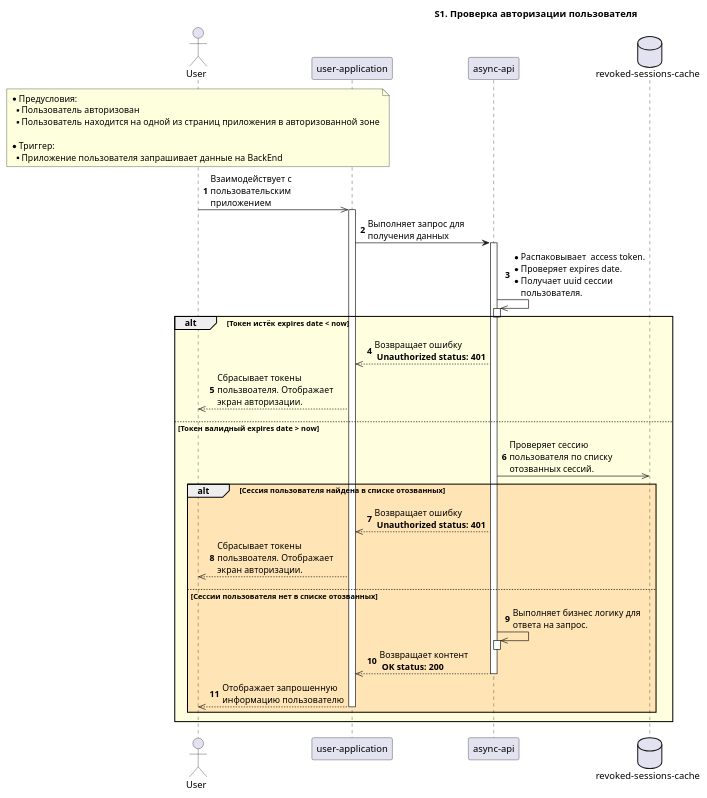
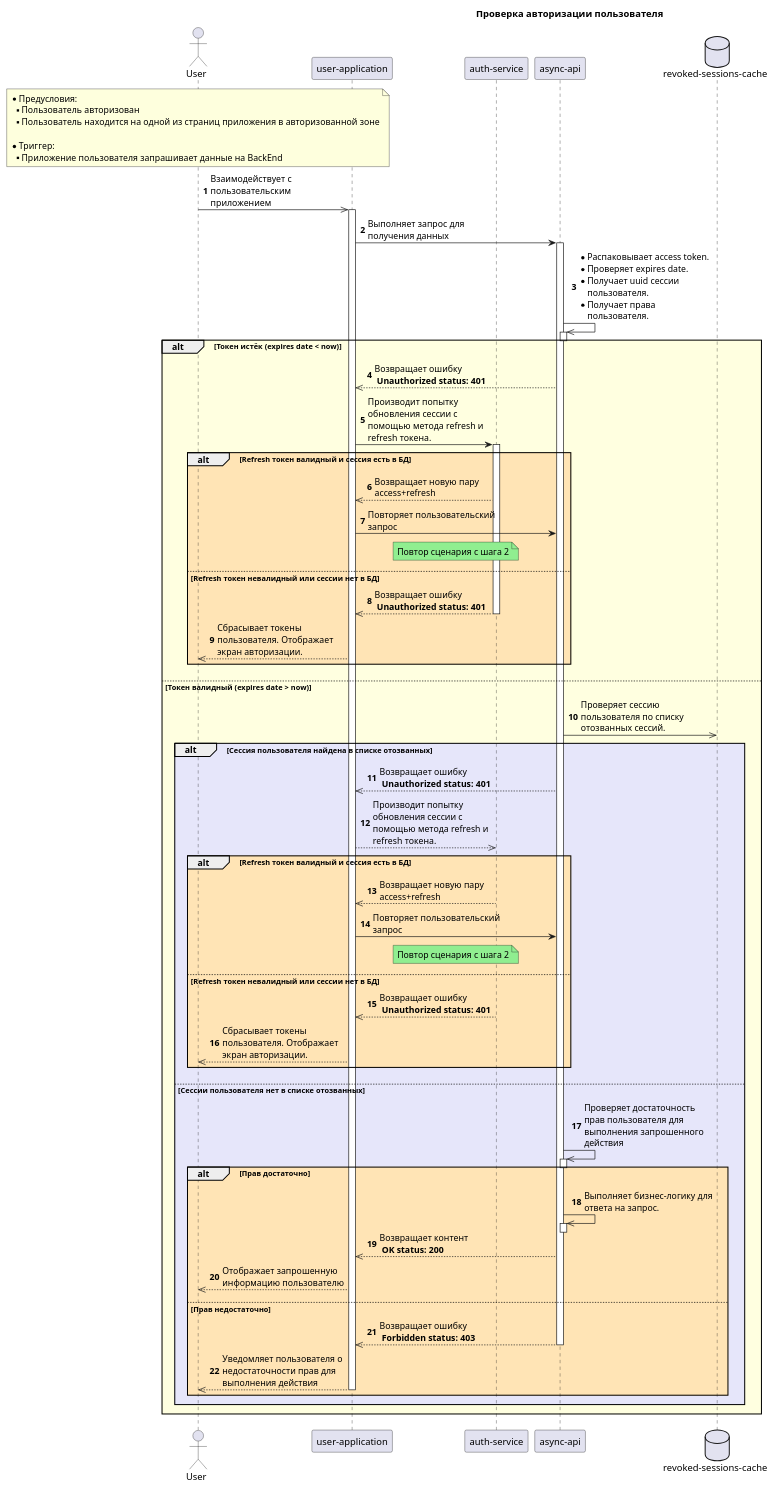
The diagram in docs/use_cases/Проверка авторизации пользователя.puml (taaylor/gg_kino), drawn with PlantUML before and after one commit. The commit also changed other lines of this file and 1 other file, not shown here.

Commit message:
Обновляю C4 и основной сценарий проверки авторизации пользователя

```diff
--- a/docs/use_cases/Проверка авторизации пользователя.puml
+++ b/docs/use_cases/Проверка авторизации пользователя.puml
@@ -1,42 +2,67 @@
-@startuml S1. Проверка авторизации пользователя
-title S1. Проверка авторизации пользователя
+@startuml Проверка авторизации пользователя
+title Проверка авторизации пользователя
 
 !pragma teoz true
 autonumber
 skinparam sequenceMessageAlign left
 skinparam maxMessageSize 200
 
 actor "User" as U
 participant "user-application" as UA
-' participant "auth-service" as AS
+participant "auth-service" as AS
 participant "async-api" as AP
 database "revoked-sessions-cache" as CRS
 
 note over U
     * Предусловия:
     ** Пользователь авторизован
     ** Пользователь находится на одной из страниц приложения в авторизованной зоне
 
     * Триггер:
     ** Приложение пользователя запрашивает данные на BackEnd
 end note
 
 U->>UA++: Взаимодействует с пользовательским приложением
 UA->AP++: Выполняет запрос для получения данных
-AP->>AP++--: * Распаковывает  access token. \n* Проверяет expires date. \n* Получает uuid сессии пользователя.
-alt #LightYellow Токен истёк expires date < now
+AP->>AP++--: * Распаковывает access token. \n* Проверяет expires date. \n* Получает uuid сессии пользователя. \n* Получает права пользователя.
+alt #LightYellow Токен истёк (expires date < now)
     AP-->>UA: Возвращает ошибку \n **Unauthorized status: 401**
-    UA-->>U: Сбрасывает токены пользвоателя. Отображает экран авторизации.
-else Токен валидный expires date > now
+    UA->AS++: Производит попытку обновления сессии с помощью метода refresh и refresh токена.
+    alt #Moccasin Refresh токен валидный и сессия есть в БД
+        AS-->>UA: Возвращает новую пару access+refresh
+        UA->AP: Повторяет пользовательский запрос
+        note over AP,UA #LightGreen
+        Повтор сценария с шага 2
+        end note
+    else Refresh токен невалидный или сессии нет в БД
+        AS-->>UA--: Возвращает ошибку \n **Unauthorized status: 401**
+        UA-->>U: Сбрасывает токены пользователя. Отображает экран авторизации.
+    end
+else Токен валидный (expires date > now)
     AP->>CRS: Проверяет сессию пользователя по списку отозванных сессий.
-    alt #Moccasin Сессия пользователя найдена в списке отозванных
+    alt #Lavender Сессия пользователя найдена в списке отозванных
         AP-->>UA: Возвращает ошибку \n **Unauthorized status: 401**
-        UA-->>U: Сбрасывает токены пользвоателя. Отображает экран авторизации.
+        UA-->>AS: Производит попытку обновления сессии с помощью метода refresh и refresh токена.
+        alt #Moccasin Refresh токен валидный и сессия есть в БД
+            AS-->>UA: Возвращает новую пару access+refresh
+            UA->AP: Повторяет пользовательский запрос
+            note over AP,UA #LightGreen
+            Повтор сценария с шага 2
+            end note
+        else Refresh токен невалидный или сессии нет в БД
+            AS-->>UA--: Возвращает ошибку \n **Unauthorized status: 401**
+            UA-->>U: Сбрасывает токены пользователя. Отображает экран авторизации.
+        end
     else Сессии пользователя нет в списке отозванных
-        AP->>AP++--: Выполняет бизнес логику для ответа на запрос.
-        AP-->>UA--: Возвращает контент \n **OK status: 200**
-        UA-->>U--: Отображает запрошенную информацию пользователю
+        AP->>AP++--: Проверяет достаточность прав пользователя для выполнения запрошенного действия
+        alt #Moccasin Прав достаточно
+            AP->>AP++--: Выполняет бизнес-логику для ответа на запрос.
+            AP-->>UA: Возвращает контент \n **OK status: 200**
+            UA-->>U: Отображает запрошенную информацию пользователю
+        else Прав недостаточно
+            AP-->>UA--: Возвращает ошибку \n **Forbidden status: 403**
+            UA-->>U--: Уведомляет пользователя о недостаточности прав для выполнения действия
+        end
     end
 end
-
 @enduml
```
